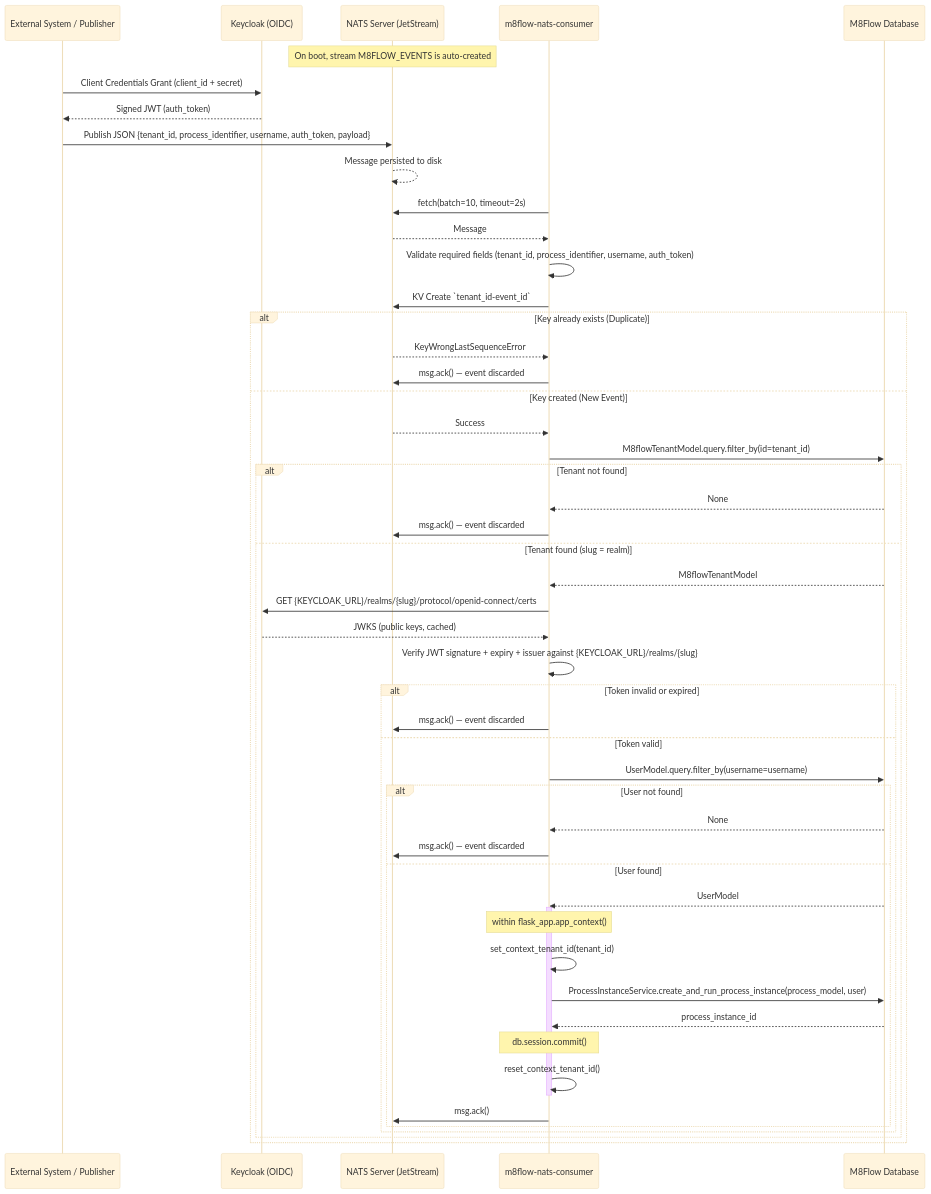
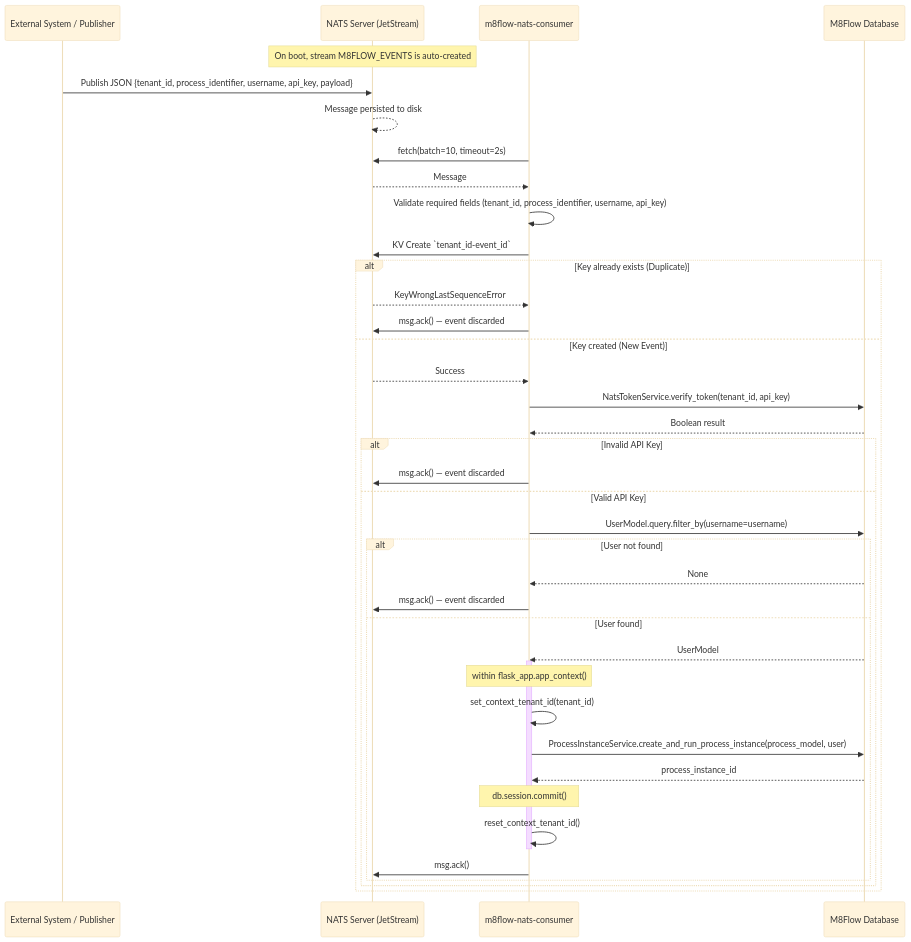
Before and after one commit to AOT-Technologies/m8flow: the second of 2 diagrams in docs/event-driven/event-driven-architecture.md, drawn with Mermaid (base theme). The commit also changed other lines of this file and 6 other files, not shown here.

Commit message:
feat: Implement API key authentication for NATS event publishing and consumption using `NatsTokenService`.

````diff
--- a/docs/event-driven/event-driven-architecture.md
+++ b/docs/event-driven/event-driven-architecture.md
@@ -95,63 +86,50 @@
 ```mermaid
 sequenceDiagram
     participant External as External System / Publisher
-    participant Keycloak as Keycloak (OIDC)
     participant NATS as NATS Server (JetStream)
     participant Consumer as m8flow-nats-consumer
     participant DB as M8Flow Database
 
     Note over NATS: On boot, stream M8FLOW_EVENTS is auto-created
 
-    External->>Keycloak: Client Credentials Grant (client_id + secret)
-    Keycloak-->>External: Signed JWT (auth_token)
-
-    External->>NATS: Publish JSON {tenant_id, process_identifier, username, auth_token, payload}
+    External->>NATS: Publish JSON {tenant_id, process_identifier, username, api_key, payload}
     NATS-->>NATS: Message persisted to disk
 
     Consumer->>NATS: fetch(batch=10, timeout=2s)
     NATS-->>Consumer: Message
 
-    Consumer->>Consumer: Validate required fields (tenant_id, process_identifier, username, auth_token)
+    Consumer->>Consumer: Validate required fields (tenant_id, process_identifier, username, api_key)
 
     Consumer->>NATS: KV Create `tenant_id-event_id`
     alt Key already exists (Duplicate)
         NATS-->>Consumer: KeyWrongLastSequenceError
         Consumer->>NATS: msg.ack() — event discarded
     else Key created (New Event)
         NATS-->>Consumer: Success
 
-        Consumer->>DB: M8flowTenantModel.query.filter_by(id=tenant_id)
-        alt Tenant not found
-            DB-->>Consumer: None
+        Consumer->>DB: NatsTokenService.verify_token(tenant_id, api_key)
+        DB-->>Consumer: Boolean result
+        alt Invalid API Key
             Consumer->>NATS: msg.ack() — event discarded
-        else Tenant found (slug = realm)
-            DB-->>Consumer: M8flowTenantModel
-            Consumer->>Keycloak: GET {KEYCLOAK_URL}/realms/{slug}/protocol/openid-connect/certs
-            Keycloak-->>Consumer: JWKS (public keys, cached)
-            Consumer->>Consumer: Verify JWT signature + expiry + issuer against {KEYCLOAK_URL}/realms/{slug}
+        else Valid API Key
+            Consumer->>DB: UserModel.query.filter_by(username=username)
+            alt User not found
+                DB-->>Consumer: None
+                Consumer->>NATS: msg.ack() — event discarded
+            else User found
+                DB-->>Consumer: UserModel
 
-            alt Token invalid or expired
-                Consumer->>NATS: msg.ack() — event discarded
-            else Token valid
-                Consumer->>DB: UserModel.query.filter_by(username=username)
-                alt User not found
-                    DB-->>Consumer: None
-                    Consumer->>NATS: msg.ack() — event discarded
-                else User found
-                    DB-->>Consumer: UserModel
+                activate Consumer
+                Note over Consumer: within flask_app.app_context()
+                Consumer->>Consumer: set_context_tenant_id(tenant_id)
+                Consumer->>DB: ProcessInstanceService.create_and_run_process_instance(process_model, user)
+                DB-->>Consumer: process_instance_id
+                Note over Consumer: db.session.commit()
+                Consumer->>Consumer: reset_context_tenant_id()
+                deactivate Consumer
 
-                    activate Consumer
-                    Note over Consumer: within flask_app.app_context()
-                    Consumer->>Consumer: set_context_tenant_id(tenant_id)
-                    Consumer->>DB: ProcessInstanceService.create_and_run_process_instance(process_model, user)
-                    DB-->>Consumer: process_instance_id
-                    Note over Consumer: db.session.commit()
-                    Consumer->>Consumer: reset_context_tenant_id()
-                    deactivate Consumer
-
-                    Consumer->>NATS: msg.ack()
-                end
+                Consumer->>NATS: msg.ack()
             end
         end
     end
 ```
````
